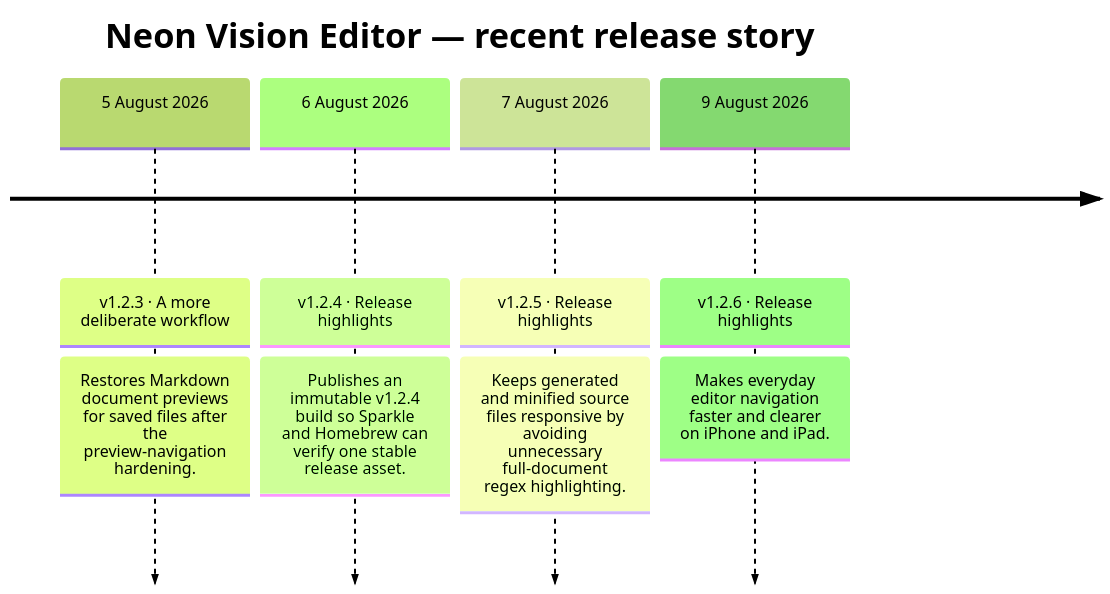
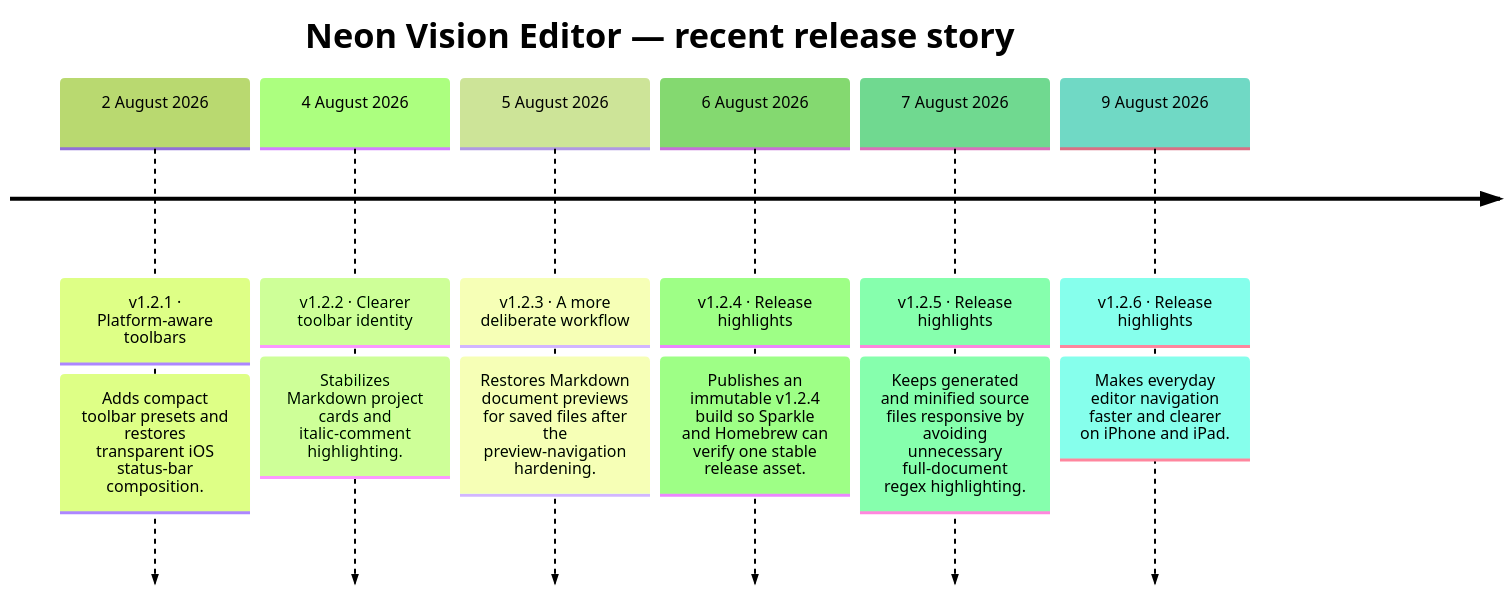
The second of 2 diagrams in README.md (h3pdesign/Neon-Vision-Editor), drawn with Mermaid (forest theme) before and after one commit. The commit also changed other lines of this file, not shown here.

````diff
--- a/README.md
+++ b/README.md
@@ -765,12 +770,16 @@
 ```mermaid
 timeline
     title Neon Vision Editor — recent release story
+    2 August 2026 : v1.2.1 · Platform-aware toolbars
+                : Adds compact toolbar presets and restores transparent iOS status-bar composition.
+    4 August 2026 : v1.2.2 · Clearer toolbar identity
+                : Stabilizes Markdown project cards and italic-comment highlighting.
     5 August 2026 : v1.2.3 · A more deliberate workflow
                 : Restores Markdown document previews for saved files after the preview-navigation hardening.
     6 August 2026 : v1.2.4 · Release highlights
                 : Publishes an immutable v1.2.4 build so Sparkle and Homebrew can verify one stable release asset.
     7 August 2026 : v1.2.5 · Release highlights
                 : Keeps generated and minified source files responsive by avoiding unnecessary full-document regex highlighting.
     9 August 2026 : v1.2.6 · Release highlights
                 : Makes everyday editor navigation faster and clearer on iPhone and iPad.
 ```
````
